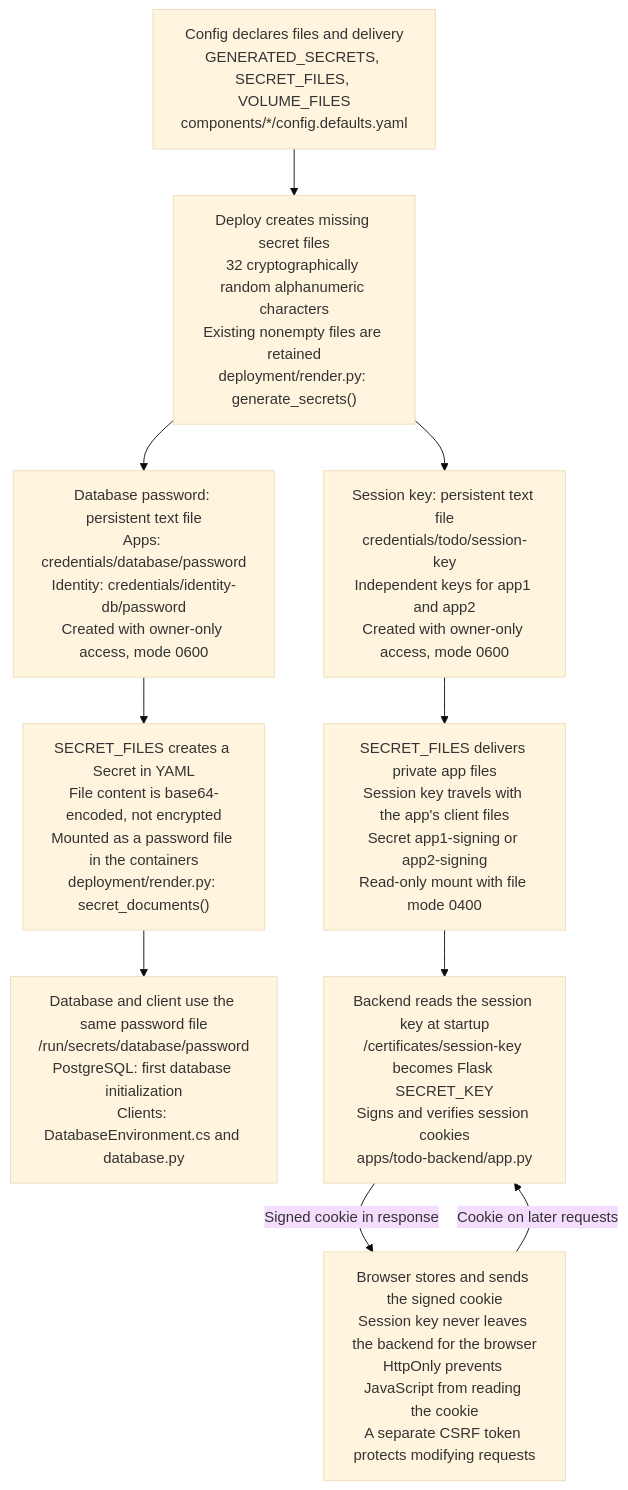
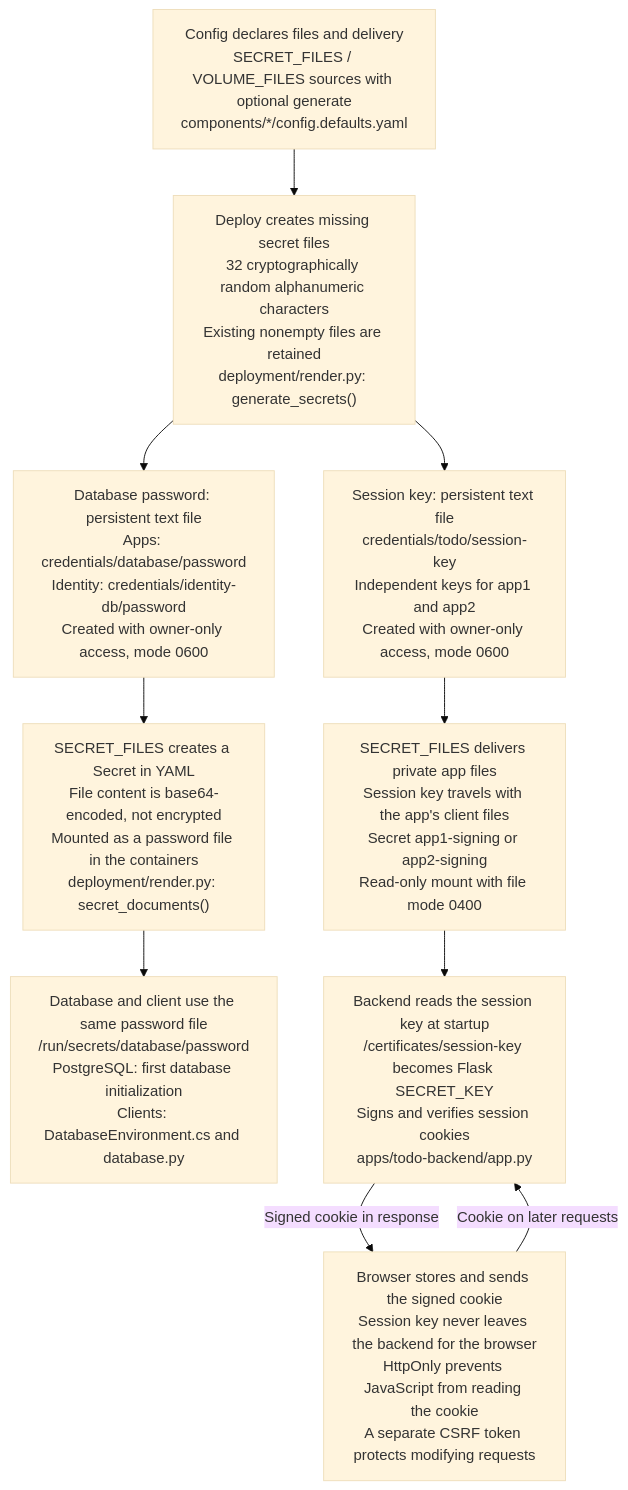
Before and after one commit to gunstein/podman_offline: the second of 3 diagrams in README.md, drawn with Mermaid (base theme). The commit also changed other lines of this file and 37 other files, not shown here.

Commit message:
Declare secret generation alongside file delivery sources

````diff
--- a/README.md
+++ b/README.md
@@ -404,54 +442,54 @@
 ```mermaid
 flowchart TD
     CONFIG["`Config declares files and delivery
-    GENERATED_SECRETS, SECRET_FILES, VOLUME_FILES
+    SECRET_FILES / VOLUME_FILES sources with optional generate
     components/*/config.defaults.yaml`"]
 
     GENERATE["`Deploy creates missing secret files
     32 cryptographically random alphanumeric characters
     Existing nonempty files are retained
     deployment/render.py: generate_secrets()`"]
 
     DBFILE["`Database password: persistent text file
     Apps: credentials/database/password
     Identity: credentials/identity-db/password
     Created with owner-only access, mode 0600`"]
 
     SESSIONFILE["`Session key: persistent text file
     credentials/todo/session-key
     Independent keys for app1 and app2
     Created with owner-only access, mode 0600`"]
 
     SECRET["`SECRET_FILES creates a Secret in YAML
     File content is base64-encoded, not encrypted
     Mounted as a password file in the containers
     deployment/render.py: secret_documents()`"]
 
     APPSECRET["`SECRET_FILES delivers private app files
     Session key travels with the app's client files
     Secret app1-signing or app2-signing
     Read-only mount with file mode 0400`"]
 
     DATABASE["`Database and client use the same password file
     /run/secrets/database/password
     PostgreSQL: first database initialization
     Clients: DatabaseEnvironment.cs and database.py`"]
 
     BACKEND["`Backend reads the session key at startup
     /certificates/session-key becomes Flask SECRET_KEY
     Signs and verifies session cookies
     apps/todo-backend/app.py`"]
 
     BROWSER["`Browser stores and sends the signed cookie
     Session key never leaves the backend for the browser
     HttpOnly prevents JavaScript from reading the cookie
     A separate CSRF token protects modifying requests`"]
 
     CONFIG --> GENERATE
     GENERATE --> DBFILE
     GENERATE --> SESSIONFILE
     DBFILE --> SECRET --> DATABASE
     SESSIONFILE --> APPSECRET --> BACKEND
     BACKEND -->|Signed cookie in response| BROWSER
     BROWSER -->|Cookie on later requests| BACKEND
 ```
````
